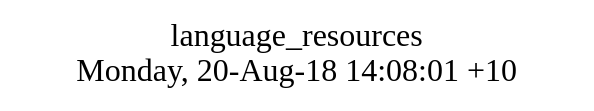
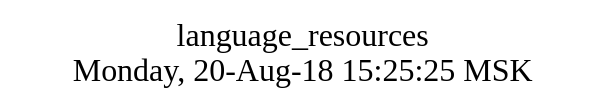
Before and after one commit to AplaProject/apps: the diagram in src/language_resources/struct.dot, drawn with Graphviz. The commit also changed 12 other files, not shown here.

```diff
--- a/src/language_resources/struct.dot
+++ b/src/language_resources/struct.dot
@@ -1,8 +1,10 @@
 digraph G {
-fontsize="24";
-label="language_resources\nMonday, 20-Aug-18 14:08:01 +10";
-nojustify=true;
-ordering=out;
-rankdir=LR;
-size="30";
+graph [
+  fontsize="24";
+  label="language_resources\nMonday, 20-Aug-18 15:25:25 MSK";
+  nojustify=true;
+  ordering=out;
+  rankdir=LR;
+  size="30";
+];
 }
```
